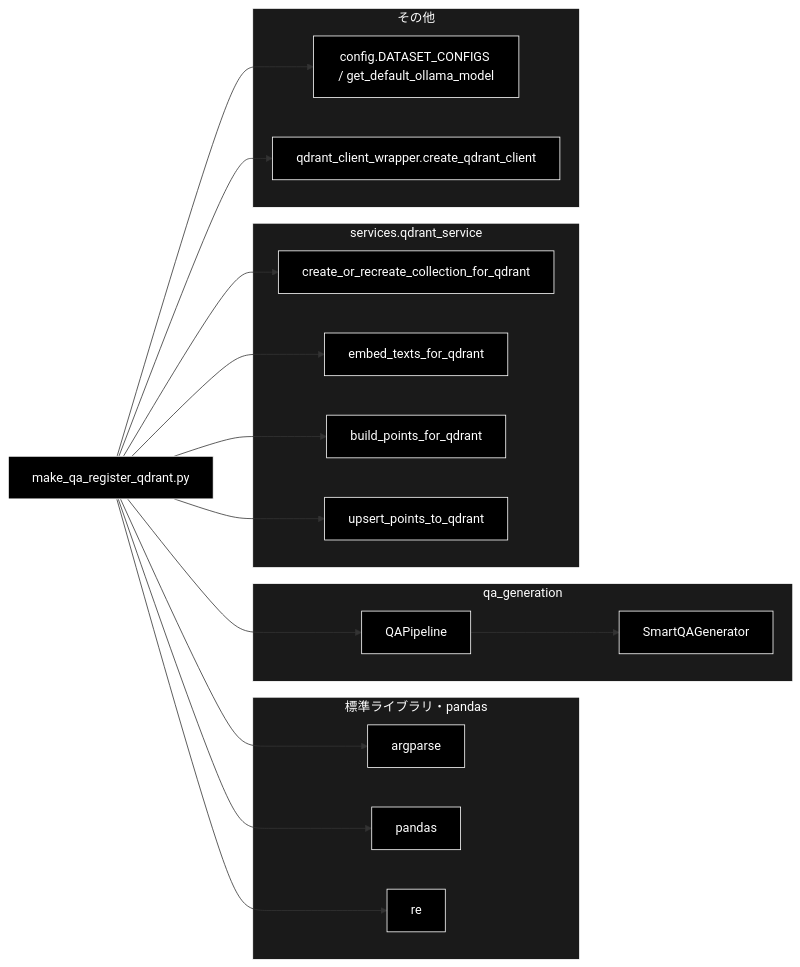
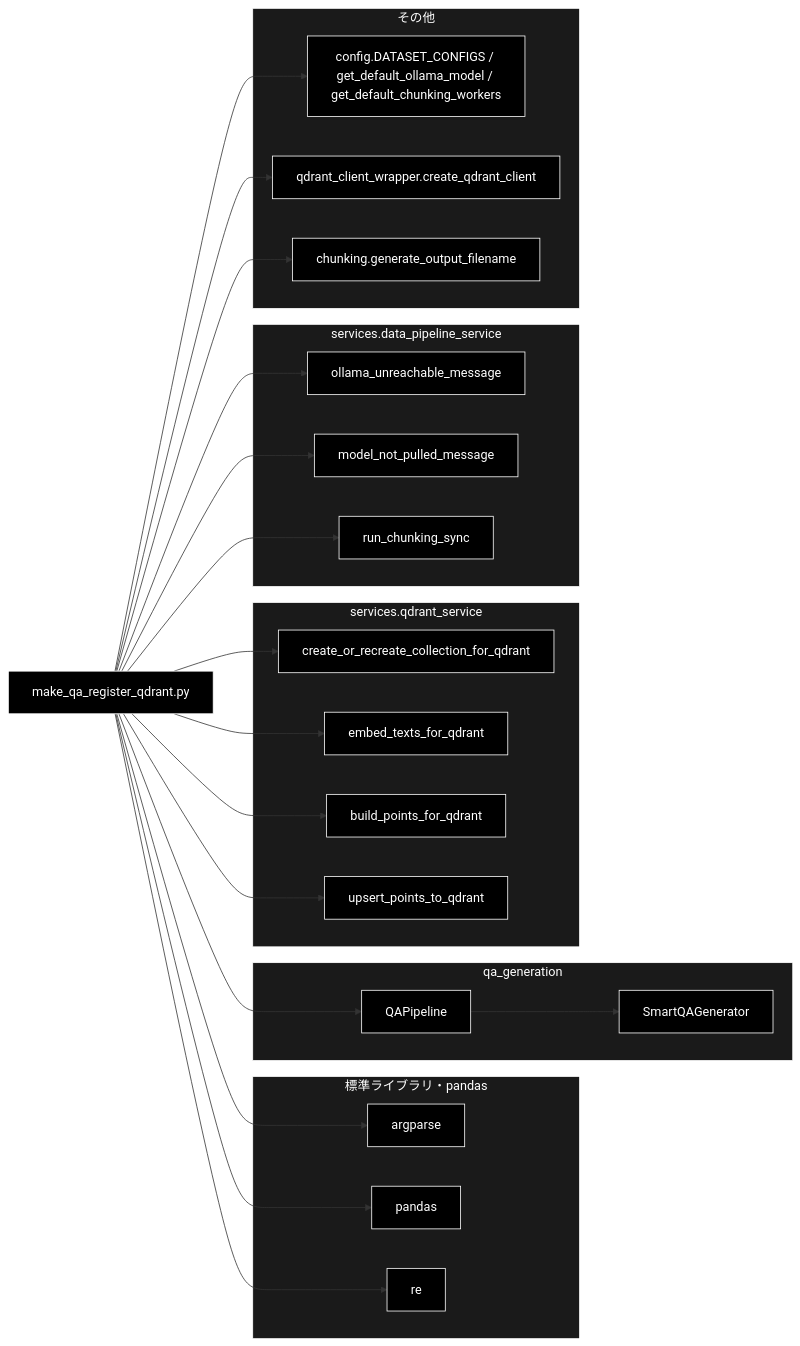
The fourth of 4 diagrams in qa_qdrant/docs/make_qa_register_qdrant_ipo.md (nakashima2toshio/grace_v2_local), drawn with Mermaid before and after one commit. The commit also changed other lines of this file and 10 other files, not shown here.

````diff
--- a/qa_qdrant/docs/make_qa_register_qdrant_ipo.md
+++ b/qa_qdrant/docs/make_qa_register_qdrant_ipo.md
@@ -559,46 +679,58 @@
 ```mermaid
 flowchart LR
     MQR["make_qa_register_qdrant.py"]
 
     subgraph STD["標準ライブラリ・pandas"]
         ARGP["argparse"]
         PD["pandas"]
         RE["re"]
     end
 
     subgraph QAGEN["qa_generation"]
         PIPE["QAPipeline"]
         SMART["SmartQAGenerator"]
     end
 
     subgraph SVC["services.qdrant_service"]
         COLL["create_or_recreate_collection_for_qdrant"]
         EMB["embed_texts_for_qdrant"]
         PTS["build_points_for_qdrant"]
         UPS["upsert_points_to_qdrant"]
     end
 
+    subgraph DPS["services.data_pipeline_service"]
+        UNR["ollama_unreachable_message"]
+        NPL["model_not_pulled_message"]
+        RCS["run_chunking_sync"]
+    end
+
     subgraph OTHER["その他"]
-        CONF["config.DATASET_CONFIGS / get_default_ollama_model"]
+        CONF["config.DATASET_CONFIGS / get_default_ollama_model / get_default_chunking_workers"]
         QCW["qdrant_client_wrapper.create_qdrant_client"]
+        GOF["chunking.generate_output_filename"]
     end
 
     MQR --> ARGP
     MQR --> PD
     MQR --> RE
     MQR --> PIPE
     PIPE --> SMART
     MQR --> COLL
     MQR --> EMB
     MQR --> PTS
     MQR --> UPS
+    MQR --> UNR
+    MQR --> NPL
+    MQR --> RCS
     MQR --> CONF
     MQR --> QCW
+    MQR --> GOF
 classDef default fill:#000,stroke:#fff,color:#fff
 classDef subgraphStyle fill:#1a1a1a,stroke:#fff,color:#fff
-class MQR,ARGP,PD,RE,PIPE,SMART,COLL,EMB,PTS,UPS,CONF,QCW default
+class MQR,ARGP,PD,RE,PIPE,SMART,COLL,EMB,PTS,UPS,UNR,NPL,RCS,CONF,QCW,GOF default
 style STD fill:#1a1a1a,stroke:#fff,color:#fff
 style QAGEN fill:#1a1a1a,stroke:#fff,color:#fff
 style SVC fill:#1a1a1a,stroke:#fff,color:#fff
+style DPS fill:#1a1a1a,stroke:#fff,color:#fff
 style OTHER fill:#1a1a1a,stroke:#fff,color:#fff
 ```
````
